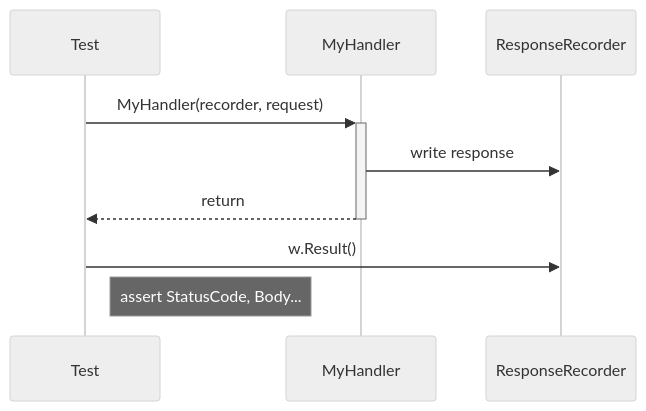
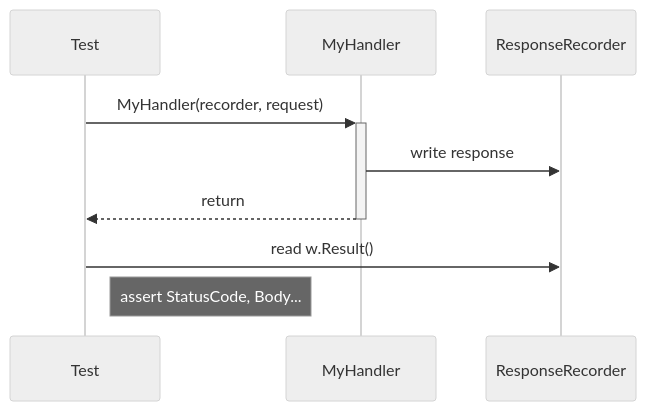
Before and after one commit to romangurevitch/GoTraining: the first of 2 diagrams in internal/basics/httptest/README.md, drawn with Mermaid (neutral theme). The commit also changed other lines of this file and 1 other file, not shown here.

````diff
--- a/internal/basics/httptest/README.md
+++ b/internal/basics/httptest/README.md
@@ -22,12 +22,12 @@
 ```mermaid
 sequenceDiagram
     participant T as Test
     participant H as MyHandler
     participant W as ResponseRecorder
 
     T->>+H: MyHandler(recorder, request)
     H->>W: write response
     H-->>-T: return
-    T->>W: w.Result()
+    T->>W: read w.Result()
     Note right of T: assert StatusCode, Body...
 ```
````
